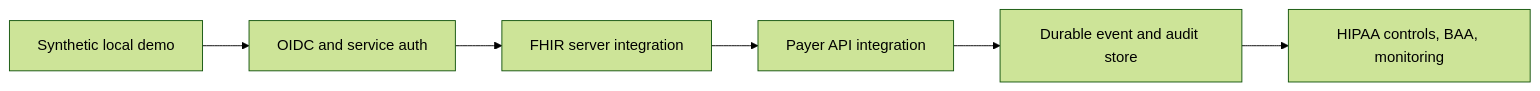
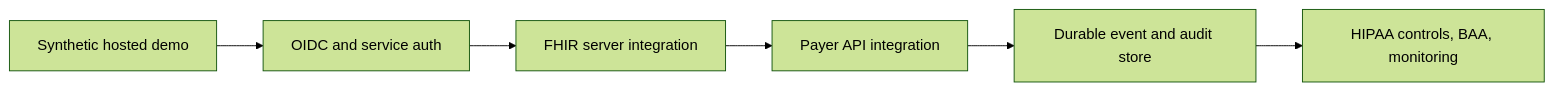
One commit to roshaninfordham/healthagentpassport changed the second of 2 diagrams in docs/security-model.md. Above: the diagram before and after it, drawn with Mermaid (forest theme). The commit also changed other lines of this file and 34 other files, not shown here.

Commit message:
Build hosted prior auth demo workspace

````diff
--- a/docs/security-model.md
+++ b/docs/security-model.md
@@ -56,8 +57,8 @@
 ```mermaid
 flowchart LR
-  Demo["Synthetic local demo"] --> Auth["OIDC and service auth"]
+  Demo["Synthetic hosted demo"] --> Auth["OIDC and service auth"]
   Auth --> Fhir["FHIR server integration"]
   Fhir --> Payer["Payer API integration"]
   Payer --> Store["Durable event and audit store"]
   Store --> Compliance["HIPAA controls, BAA, monitoring"]
 ```
````
